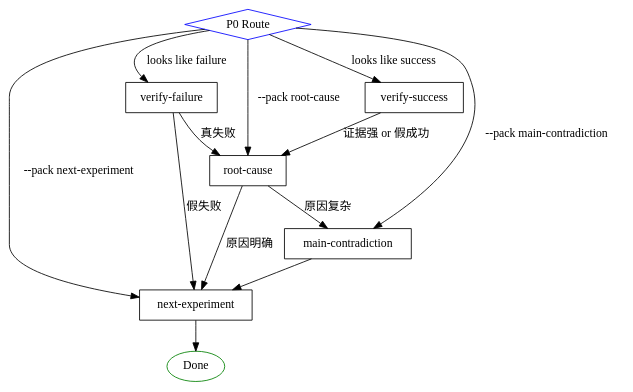
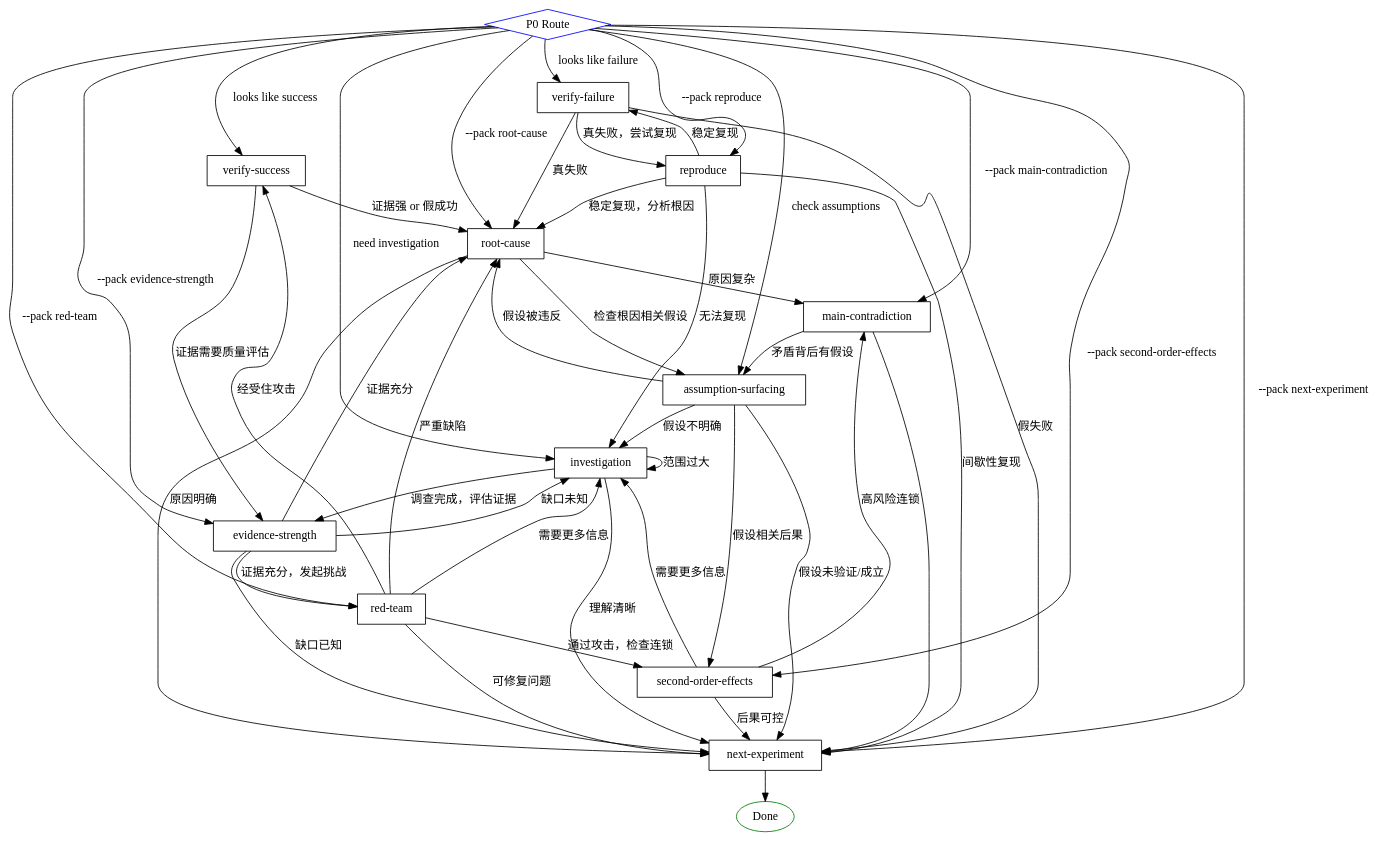
The diagram in skills/think/SKILL.md (APX103/e-skills), drawn with Graphviz before and after one commit. The commit also changed other lines of this file and 20 other files, not shown here.

````diff
--- a/skills/think/SKILL.md
+++ b/skills/think/SKILL.md
@@ -44,23 +56,62 @@
 ```dot
 digraph { rankdir=TB; node[shape=box];
   P0[shape=diamond label="P0 Route" color=blue];
   VS[label="verify-success"];
   VF[label="verify-failure"];
   RC[label="root-cause"];
   MC[label="main-contradiction"];
   NE[label="next-experiment"];
+  RP[label="reproduce"];
+  RT[label="red-team"];
+  SO[label="second-order-effects"];
+  IV[label="investigation"];
+  ES[label="evidence-strength"];
+  AS[label="assumption-surfacing"];
   Done[shape=oval label="Done" color=green];
   P0->VS[label="looks like success"];
   P0->VF[label="looks like failure"];
   P0->RC[label="--pack root-cause"];
   P0->MC[label="--pack main-contradiction"];
   P0->NE[label="--pack next-experiment"];
+  P0->RP[label="--pack reproduce"];
+  P0->RT[label="--pack red-team"];
+  P0->SO[label="--pack second-order-effects"];
+  P0->IV[label="need investigation"];
+  P0->ES[label="--pack evidence-strength"];
+  P0->AS[label="check assumptions"];
   VS->RC[label="证据强 or 假成功"];
   VF->RC[label="真失败"];
   VF->NE[label="假失败"];
   RC->MC[label="原因复杂"];
   RC->NE[label="原因明确"];
   MC->NE;
+  RP->VF[label="稳定复现"];
+  RP->IV[label="无法复现"];
+  RP->NE[label="间歇性复现"];
+  RT->RC[label="严重缺陷"];
+  RT->NE[label="可修复问题"];
+  RT->VS[label="经受住攻击"];
+  RT->IV[label="需要更多信息"];
+  SO->MC[label="高风险连锁"];
+  SO->NE[label="后果可控"];
+  SO->IV[label="需要更多信息"];
+  IV->NE[label="理解清晰"];
+  IV->IV[label="范围过大"];
+  ES->RC[label="证据充分"];
+  ES->NE[label="缺口已知"];
+  ES->IV[label="缺口未知"];
+  AS->RC[label="假设被违反"];
+  AS->NE[label="假设未验证/成立"];
+  AS->IV[label="假设不明确"];
+  AS->SO[label="假设相关后果"];
+  IV->ES[label="调查完成，评估证据"];
+  RC->AS[label="检查根因相关假设"];
+  VS->ES[label="证据需要质量评估"];
+  ES->RT[label="证据充分，发起挑战"];
+  RT->SO[label="通过攻击，检查连锁"];
+  VF->RP[label="真失败，尝试复现"];
+  RP->RC[label="稳定复现，分析根因"];
+  MC->AS[label="矛盾背后有假设"];
   NE->Done;
 }
 ```
````
